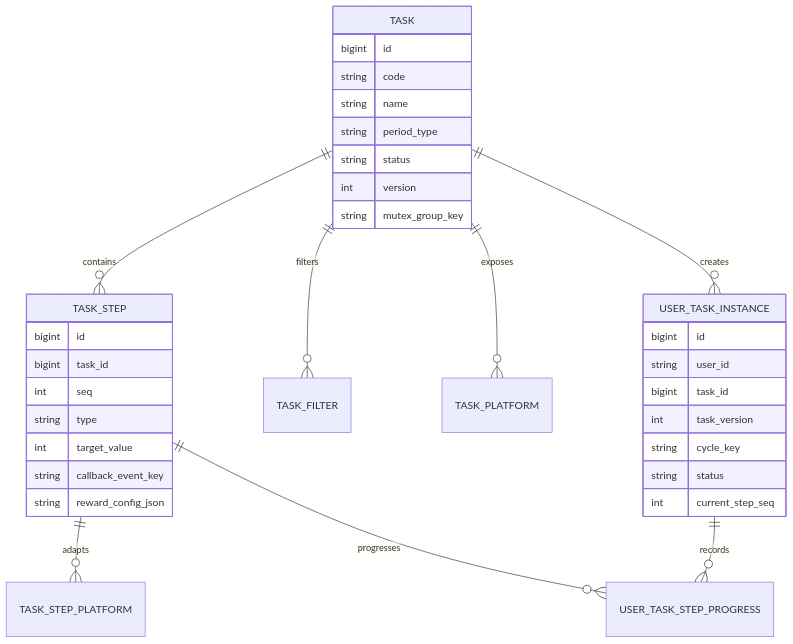
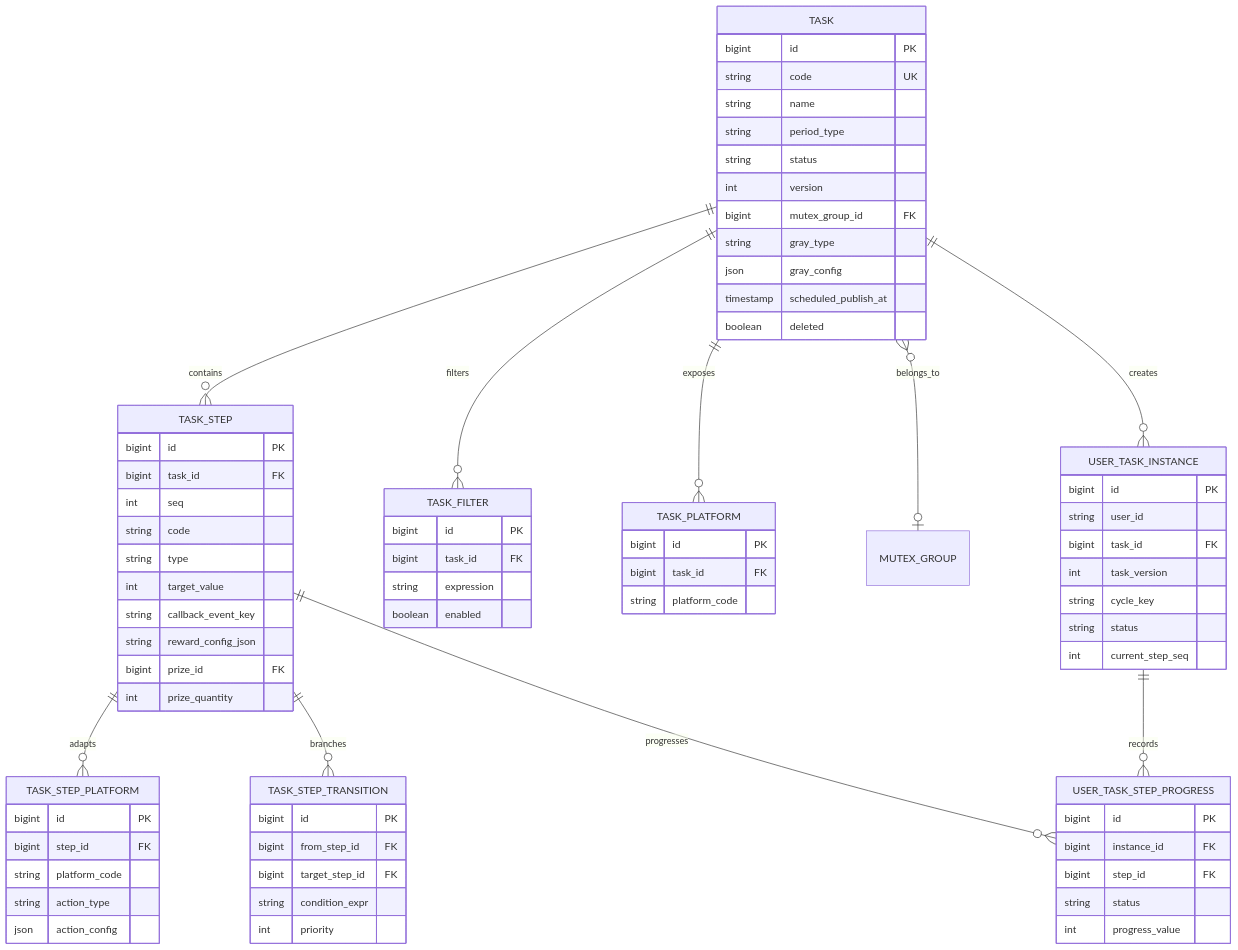
One commit to xuankuxiaohui/marketing-task-platform changed the second of 11 diagrams in docs/architecture.md. Above: the diagram before and after it, drawn with Mermaid. The commit also changed other lines of this file and 7 other files, not shown here.

First line of the commit message:
docs: update architecture doc and add v0.5.0/v0.5.1 spec

````diff
--- a/docs/architecture.md
+++ b/docs/architecture.md
@@ -53,37 +80,83 @@
     TASK ||--o{ TASK_FILTER : filters
     TASK ||--o{ TASK_PLATFORM : exposes
     TASK_STEP ||--o{ TASK_STEP_PLATFORM : adapts
+    TASK_STEP ||--o{ TASK_STEP_TRANSITION : branches
+    TASK }o--o| MUTEX_GROUP : belongs_to
     TASK ||--o{ USER_TASK_INSTANCE : creates
     USER_TASK_INSTANCE ||--o{ USER_TASK_STEP_PROGRESS : records
     TASK_STEP ||--o{ USER_TASK_STEP_PROGRESS : progresses
 
     TASK {
-        bigint id
-        string code
+        bigint id PK
+        string code UK
         string name
         string period_type
         string status
         int version
-        string mutex_group_key
+        bigint mutex_group_id FK
+        string gray_type
+        json gray_config
+        timestamp scheduled_publish_at
+        boolean deleted
     }
 
     TASK_STEP {
-        bigint id
-        bigint task_id
+        bigint id PK
+        bigint task_id FK
         int seq
+        string code
         string type
         int target_value
         string callback_event_key
         string reward_config_json
+        bigint prize_id FK
+        int prize_quantity
+    }
+
+    TASK_STEP_TRANSITION {
+        bigint id PK
+        bigint from_step_id FK
+        bigint target_step_id FK
+        string condition_expr
+        int priority
+    }
+
+    TASK_FILTER {
+        bigint id PK
+        bigint task_id FK
+        string expression
+        boolean enabled
+    }
+
+    TASK_PLATFORM {
+        bigint id PK
+        bigint task_id FK
+        string platform_code
+    }
+
+    TASK_STEP_PLATFORM {
+        bigint id PK
+        bigint step_id FK
+        string platform_code
+        string action_type
+        json action_config
     }
 
     USER_TASK_INSTANCE {
-        bigint id
+        bigint id PK
         string user_id
-        bigint task_id
+        bigint task_id FK
         int task_version
         string cycle_key
         string status
         int current_step_seq
     }
+
+    USER_TASK_STEP_PROGRESS {
+        bigint id PK
+        bigint instance_id FK
+        bigint step_id FK
+        string status
+        int progress_value
+    }
 ```
````
